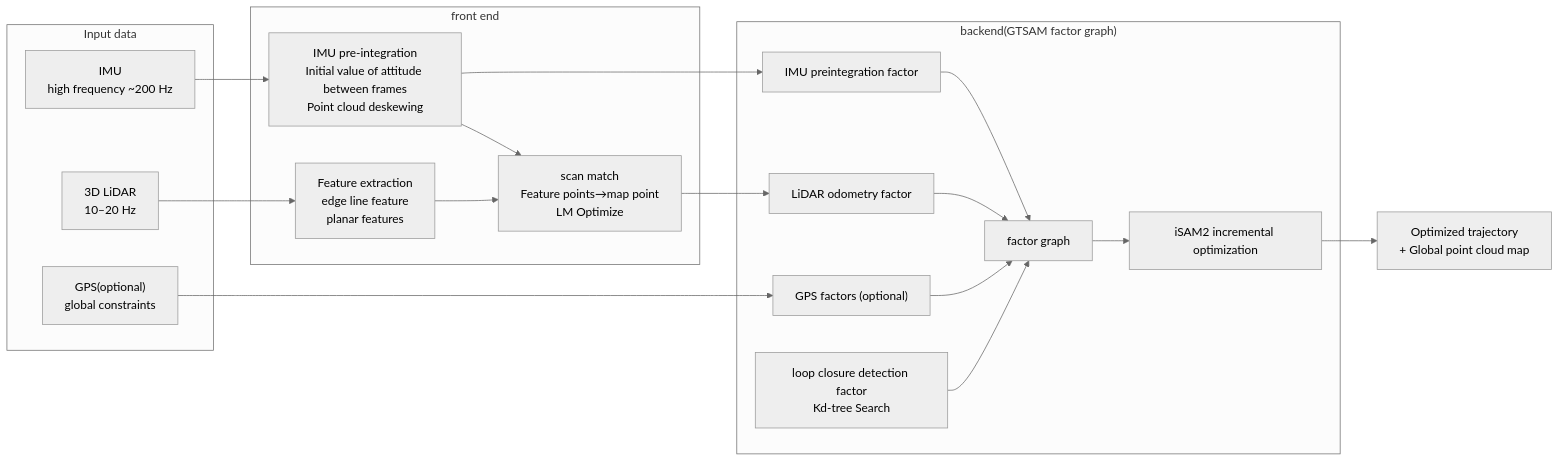
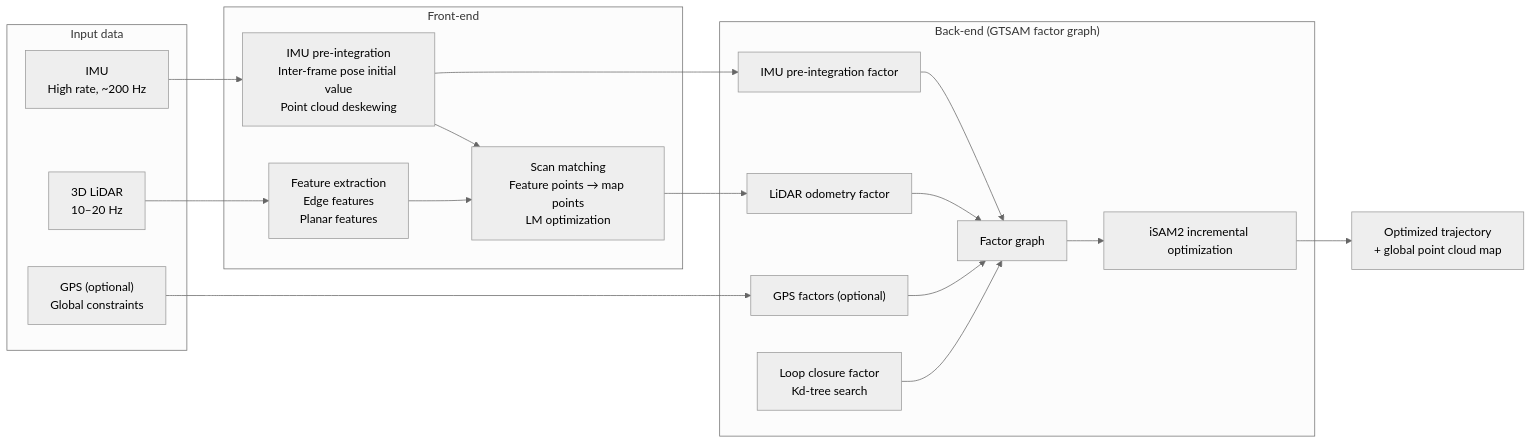
The seventh of 18 diagrams in _translations/en/research/Robot-Navigation-Survey.md (TingdeLiu/tingdeliu.github.io), drawn with Mermaid (neutral theme) before and after one commit. The commit also changed other lines of this file and 51 other files, not shown here.

````diff
--- a/_translations/en/research/Robot-Navigation-Survey.md
+++ b/_translations/en/research/Robot-Navigation-Survey.md
@@ -712,39 +712,39 @@
 ```mermaid
 flowchart LR
     subgraph Input["Input data"]
-        IMU2["IMU\nhigh frequency ~200 Hz"]
+        IMU2["IMU\nHigh rate, ~200 Hz"]
         LID2["3D LiDAR\n10–20 Hz"]
-        GPS2["GPS(optional)\nglobal constraints"]
+        GPS2["GPS (optional)\nGlobal constraints"]
     end
 
-    subgraph Frontend2["front end"]
-        PREINT["IMU pre-integration\nInitial value of attitude between frames\nPoint cloud deskewing"]
-        FEAT["Feature extraction\nedge line feature\nplanar features"]
-        SCAN["scan match\nFeature points→map point\nLM Optimize"]
+    subgraph Frontend2["Front-end"]
+        PREINT["IMU pre-integration\nInter-frame pose initial value\nPoint cloud deskewing"]
+        FEAT["Feature extraction\nEdge features\nPlanar features"]
+        SCAN["Scan matching\nFeature points → map points\nLM optimization"]
     end
 
-    subgraph Backend2["backend(GTSAM factor graph)"]
-        FG["factor graph"]
-        IMUFac["IMU preintegration factor"]
+    subgraph Backend2["Back-end (GTSAM factor graph)"]
+        FG["Factor graph"]
+        IMUFac["IMU pre-integration factor"]
         LIDFac["LiDAR odometry factor"]
         GPSFac["GPS factors (optional)"]
-        LOOP2["loop closure detection factor\nKd-tree Search"]
+        LOOP2["Loop closure factor\nKd-tree search"]
         OPT2["iSAM2 incremental optimization"]
     end
 
-    OUT2["Optimized trajectory\n+ Global point cloud map"]
+    OUT2["Optimized trajectory\n+ global point cloud map"]
 
     IMU2 --> PREINT
     LID2 --> FEAT
     PREINT --> SCAN
     FEAT --> SCAN
     GPS2 --> GPSFac
     SCAN --> LIDFac
     PREINT --> IMUFac
     IMUFac --> FG
     LIDFac --> FG
     GPSFac --> FG
     LOOP2 --> FG
     FG --> OPT2
     OPT2 --> OUT2
 ```
````
